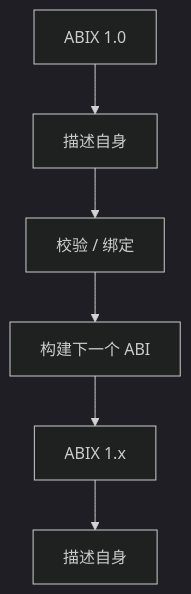
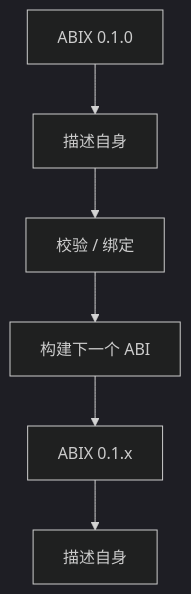
One commit to Sukanle/ABIX changed the first of 3 diagrams in docs/getting-started/self-hosting_zh.md. Above: the diagram before and after it, drawn with Mermaid (dark theme). The commit also changed other lines of this file and 262 other files, not shown here.

````diff
--- a/docs/getting-started/self-hosting_zh.md
+++ b/docs/getting-started/self-hosting_zh.md
@@ -21,8 +21,8 @@
 ```mermaid
 graph TD
-    A["ABIX 1.0"] --> B["描述自身"]
+    A["ABIX 0.1.0"] --> B["描述自身"]
     B --> C["校验 / 绑定"]
     C --> D["构建下一个 ABI"]
-    D --> E["ABIX 1.x"]
+    D --> E["ABIX 0.1.x"]
     E --> F["描述自身"]
 ```
````
